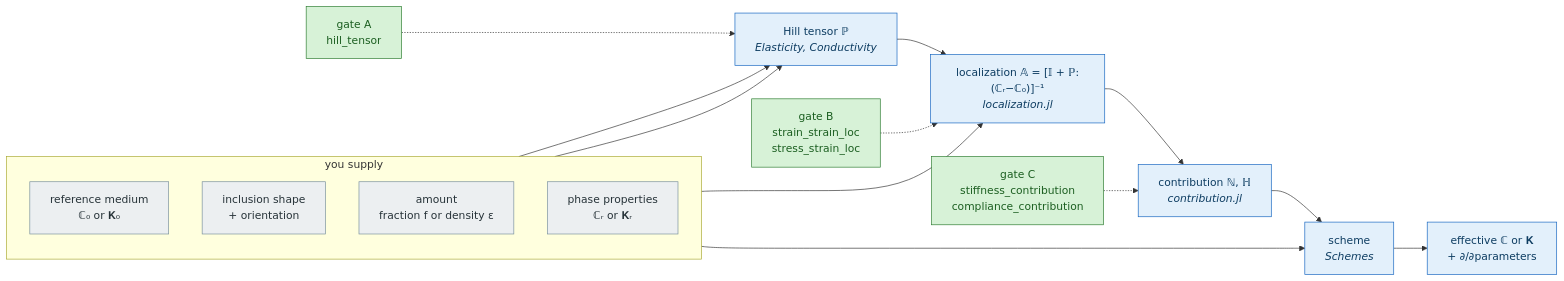
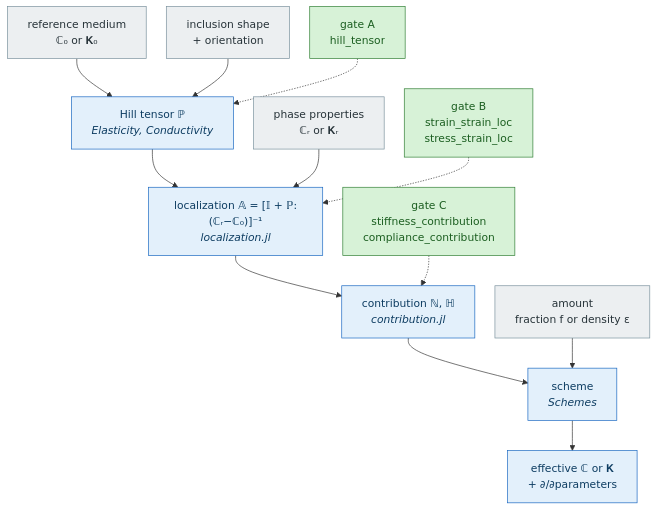
The diagram in docs/src/index.md (MicroPoroChemoMechanics/MeanFieldHom.jl), drawn with Mermaid before and after one commit. The commit also changed other lines of this file and 5 other files, not shown here.

Commit message:
Refactor Mermaid diagrams for improved readability and layout consistency in documentation

````diff
--- a/docs/src/index.md
+++ b/docs/src/index.md
@@ -34,35 +32,34 @@
 ```mermaid
-flowchart LR
-    subgraph IN["you supply"]
-        direction TB
-        C0["reference medium<br/>ℂ₀ or 𝐊₀"]
-        SHAPE["inclusion shape<br/>+ orientation"]
-        AMOUNT["amount<br/>fraction f or density ε"]
-        PROP["phase properties<br/>ℂᵣ or 𝐊ᵣ"]
-    end
+%%{init: {"flowchart": {"useMaxWidth": false, "nodeSpacing": 30, "rankSpacing": 45}} }%%
+flowchart TB
+    C0["reference medium<br/>ℂ₀ or 𝐊₀"]
+    SHAPE["inclusion shape<br/>+ orientation"]
+    PROP["phase properties<br/>ℂᵣ or 𝐊ᵣ"]
+    AMOUNT["amount<br/>fraction f or density ε"]
 
     P["Hill tensor ℙ<br/><i>Elasticity, Conductivity</i>"]
     A["localization 𝔸 = [𝕀 + ℙ:(ℂᵣ−ℂ₀)]⁻¹<br/><i>localization.jl</i>"]
     N["contribution ℕ, ℍ<br/><i>contribution.jl</i>"]
     S["scheme<br/><i>Schemes</i>"]
     EFF["effective ℂ or 𝐊<br/>+ ∂/∂parameters"]
 
     C0 --> P
     SHAPE --> P
     P --> A
     PROP --> A
     A --> N
     N --> S
     AMOUNT --> S
     S --> EFF
 
-    GA["gate A<br/>hill_tensor"]:::ext -.-> P
-    GB["gate B<br/>strain_strain_loc<br/>stress_strain_loc"]:::ext -.-> A
-    GC["gate C<br/>stiffness_contribution<br/>compliance_contribution"]:::ext -.-> N
+    GA["gate A<br/>hill_tensor"] -.-> P
+    GB["gate B<br/>strain_strain_loc<br/>stress_strain_loc"] -.-> A
+    GC["gate C<br/>stiffness_contribution<br/>compliance_contribution"] -.-> N
 
     classDef ext fill:#d7f2d7,stroke:#2e7d32,color:#1b5e20
     classDef inbox fill:#eceff1,stroke:#78909c,color:#263238
     classDef comp fill:#e3f0fb,stroke:#1565c0,color:#0d3c61
     class C0,SHAPE,AMOUNT,PROP inbox
+    class GA,GB,GC ext
     class P,A,N,S,EFF comp
 ```
````
